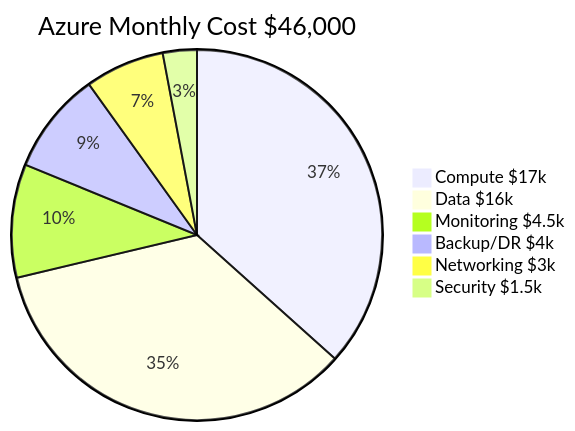
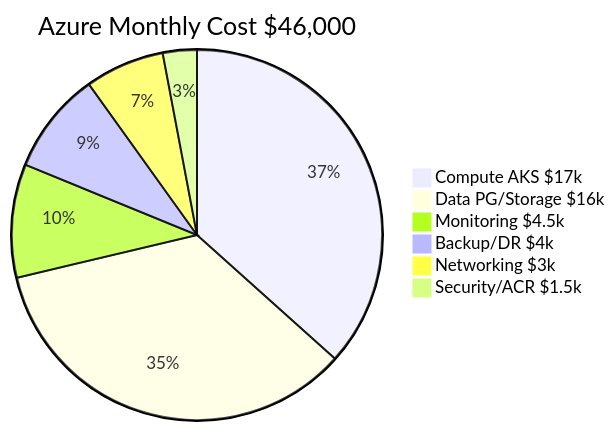
One commit to Shasi19/Azure-VxRail-VMware-Migration changed the second of 4 diagrams in docs/Volume-1-Executive-Architecture/04-Azure-Architecture-Visual.md. Above: the diagram before and after it, drawn with Mermaid. The commit also changed other lines of this file and 2 other files, not shown here.

First line of the commit message:
Correct Azure architecture to match actual deployment

````diff
--- a/docs/Volume-1-Executive-Architecture/04-Azure-Architecture-Visual.md
+++ b/docs/Volume-1-Executive-Architecture/04-Azure-Architecture-Visual.md
@@ -70,9 +94,9 @@
 ```mermaid
 pie title Azure Monthly Cost $46,000
-    "Compute $17k" : 37
-    "Data $16k" : 35
+    "Compute AKS $17k" : 37
+    "Data PG/Storage $16k" : 35
     "Monitoring $4.5k" : 10
     "Backup/DR $4k" : 9
     "Networking $3k" : 7
-    "Security $1.5k" : 3
+    "Security/ACR $1.5k" : 3
 ```
````
